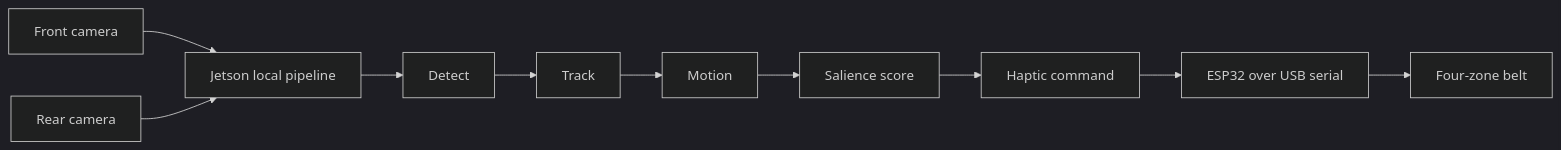
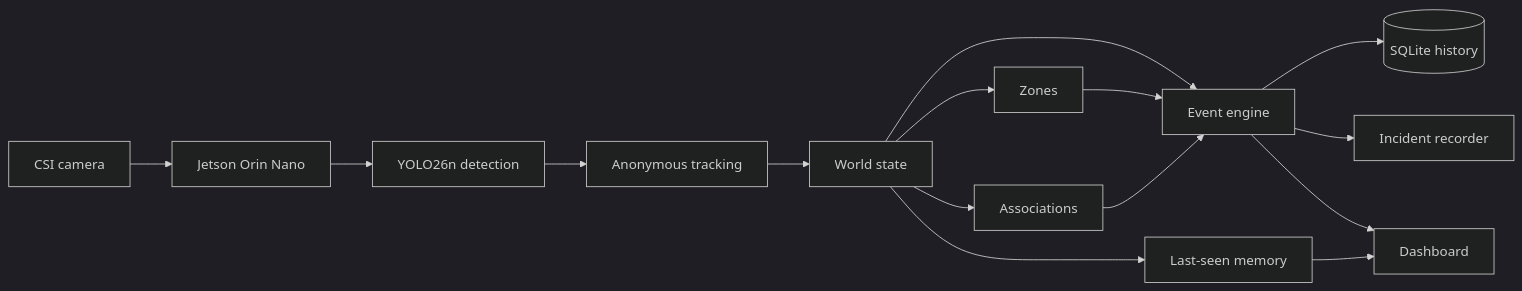
One commit to shadyyr/thirdeye changed the diagram in README.md. Above: the diagram before and after it, drawn with Mermaid (dark theme). The commit also changed other lines of this file, not shown here.

Commit message:
rewrite README for edge event-intelligence platform

````diff
--- a/README.md
+++ b/README.md
@@ -7,12 +34,17 @@
 ```mermaid
 flowchart LR
-    F[Front camera] --> J[Jetson local pipeline]
-    R[Rear camera] --> J
-    J --> D[Detect]
-    D --> T[Track]
-    T --> M[Motion]
-    M --> S[Salience score]
-    S --> H[Haptic command]
-    H --> E[ESP32 over USB serial]
-    E --> B[Four-zone belt]
+    C[CSI camera] --> J[Jetson Orin Nano]
+    J --> Y[YOLO26n detection]
+    Y --> T[Anonymous tracking]
+    T --> W[World state]
+    W --> Z[Zones]
+    W --> A[Associations]
+    W --> E[Event engine]
+    Z --> E
+    A --> E
+    E --> S[(SQLite history)]
+    E --> R[Incident recorder]
+    W --> M[Last-seen memory]
+    E --> D[Dashboard]
+    M --> D
 ```
````
